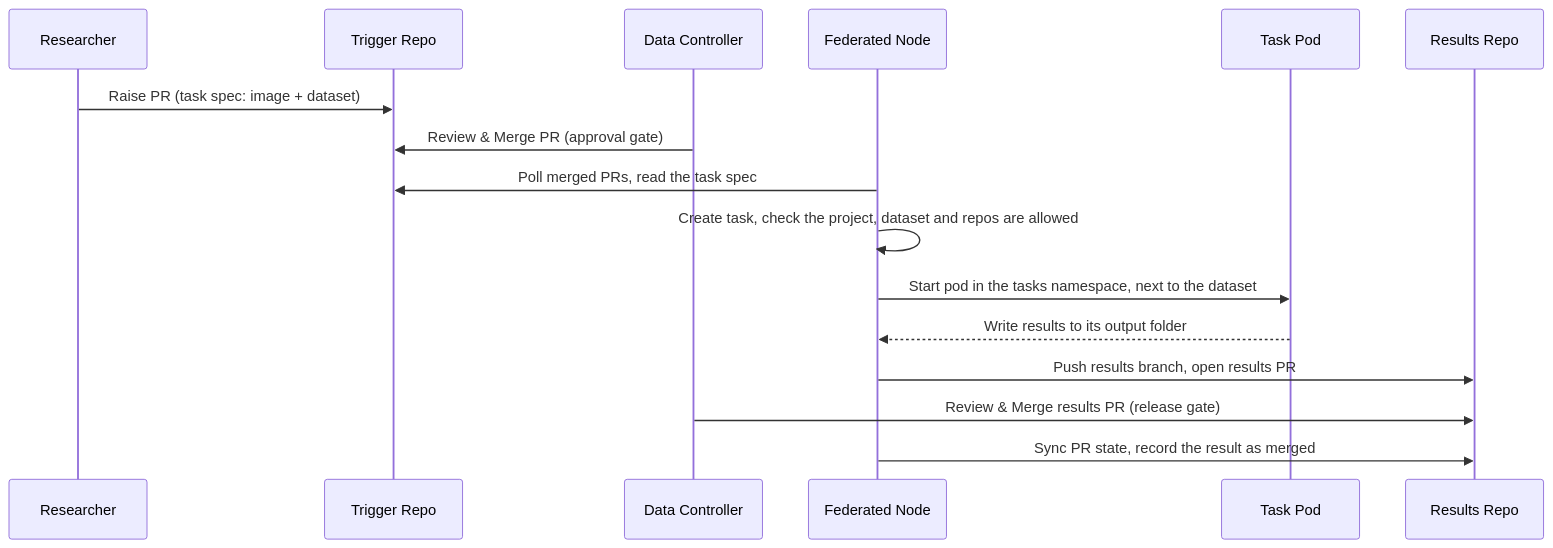
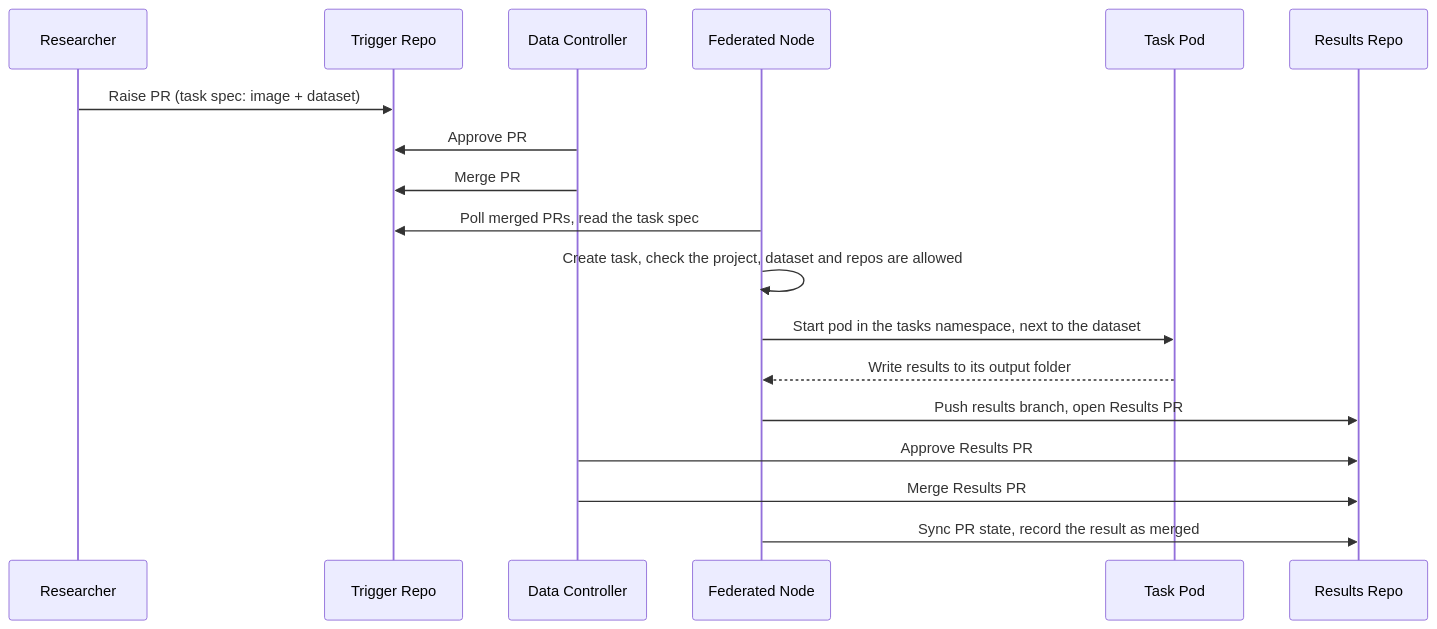
The first of 2 diagrams in README.md (Aridhia-Open-Source/PHEMS_federated_node), drawn with Mermaid before and after one commit. The commit also changed 2 other files, not shown here.

Commit message:
docs: task sequence: the data controller approves then merges, for both the trigger and the results PR

````diff
--- a/README.md
+++ b/README.md
@@ -10,19 +10,21 @@
 ```mermaid
 sequenceDiagram
     participant Researcher
     participant Trigger as Trigger Repo
     participant DataController as Data Controller
     participant Node as Federated Node
     participant Task as Task Pod
     participant Results as Results Repo
 
     Researcher->>Trigger: Raise PR (task spec: image + dataset)
-    DataController->>Trigger: Review & Merge PR (approval gate)
+    DataController->>Trigger: Approve PR
+    DataController->>Trigger: Merge PR
     Node->>Trigger: Poll merged PRs, read the task spec
     Node->>Node: Create task, check the project, dataset and repos are allowed
     Node->>Task: Start pod in the tasks namespace, next to the dataset
     Task-->>Node: Write results to its output folder
-    Node->>Results: Push results branch, open results PR
-    DataController->>Results: Review & Merge results PR (release gate)
+    Node->>Results: Push results branch, open Results PR
+    DataController->>Results: Approve Results PR
+    DataController->>Results: Merge Results PR
     Node->>Results: Sync PR state, record the result as merged
 ```
````
